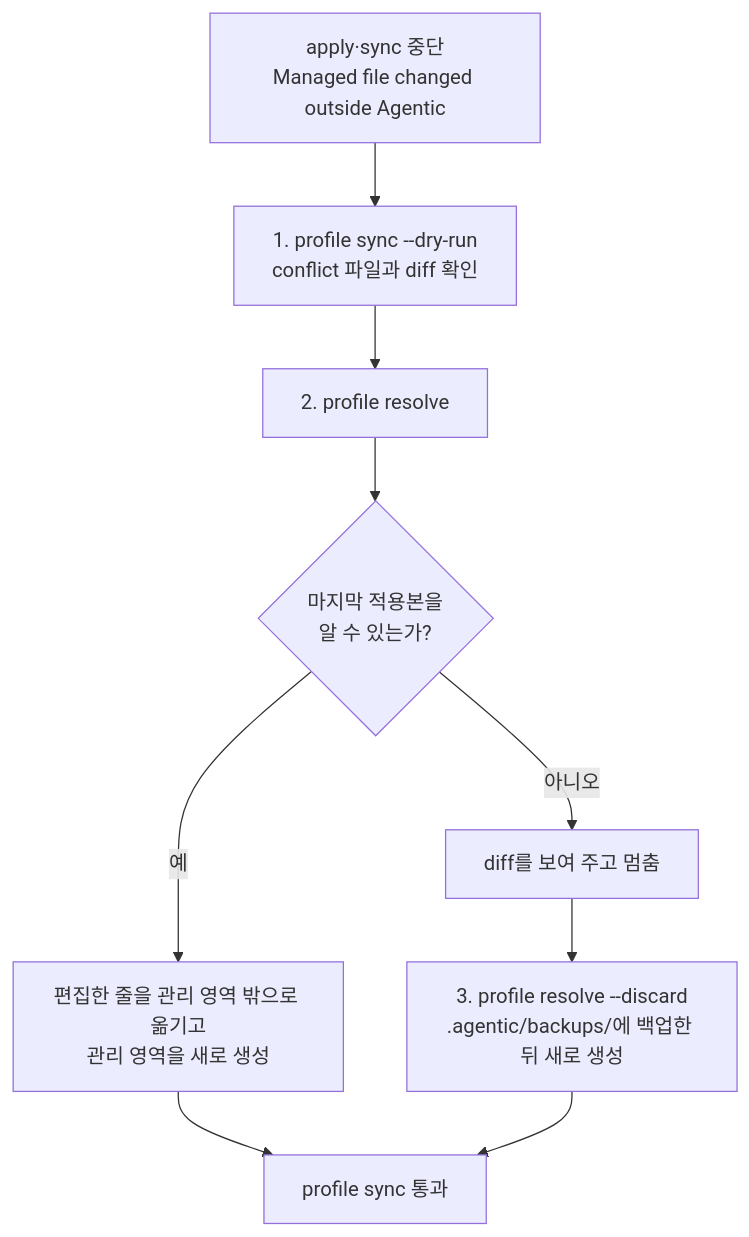
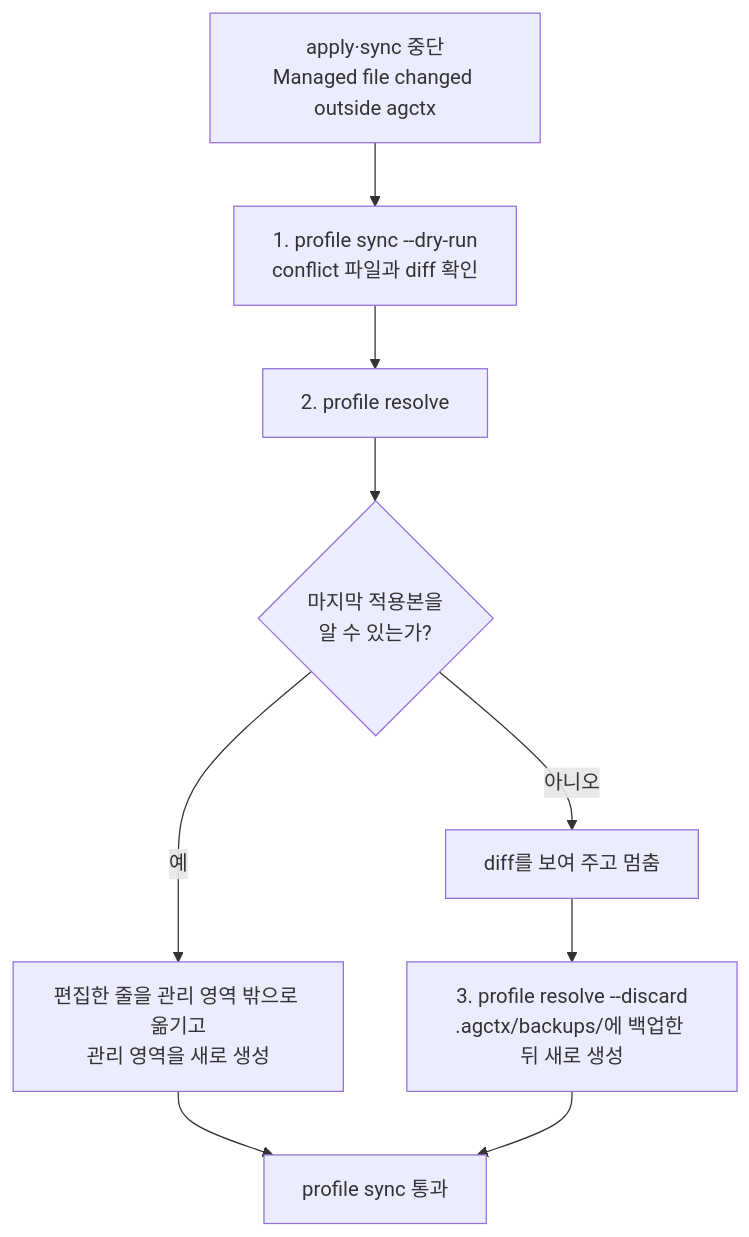
Before and after one commit to IsthisLee/agent-context-manager: the third of 3 diagrams in docs/usage-guide.md, drawn with Mermaid. The commit also changed other lines of this file and 73 other files, not shown here.

````diff
--- a/docs/usage-guide.md
+++ b/docs/usage-guide.md
@@ -171,11 +171,11 @@
 ```mermaid
 flowchart TD
-  STOP["apply·sync 중단<br/>Managed file changed outside Agentic"] --> SEE["1. profile sync --dry-run<br/>conflict 파일과 diff 확인"]
+  STOP["apply·sync 중단<br/>Managed file changed outside agctx"] --> SEE["1. profile sync --dry-run<br/>conflict 파일과 diff 확인"]
   SEE --> RESOLVE["2. profile resolve"]
   RESOLVE --> Q{"마지막 적용본을<br/>알 수 있는가?"}
   Q -->|"예"| MOVE["편집한 줄을 관리 영역 밖으로 옮기고<br/>관리 영역을 새로 생성"]
   Q -->|"아니오"| HALT["diff를 보여 주고 멈춤"]
-  HALT --> DISCARD["3. profile resolve --discard<br/>.agentic/backups/에 백업한 뒤 새로 생성"]
+  HALT --> DISCARD["3. profile resolve --discard<br/>.agctx/backups/에 백업한 뒤 새로 생성"]
   MOVE --> OK["profile sync 통과"]
   DISCARD --> OK
 ```
````
